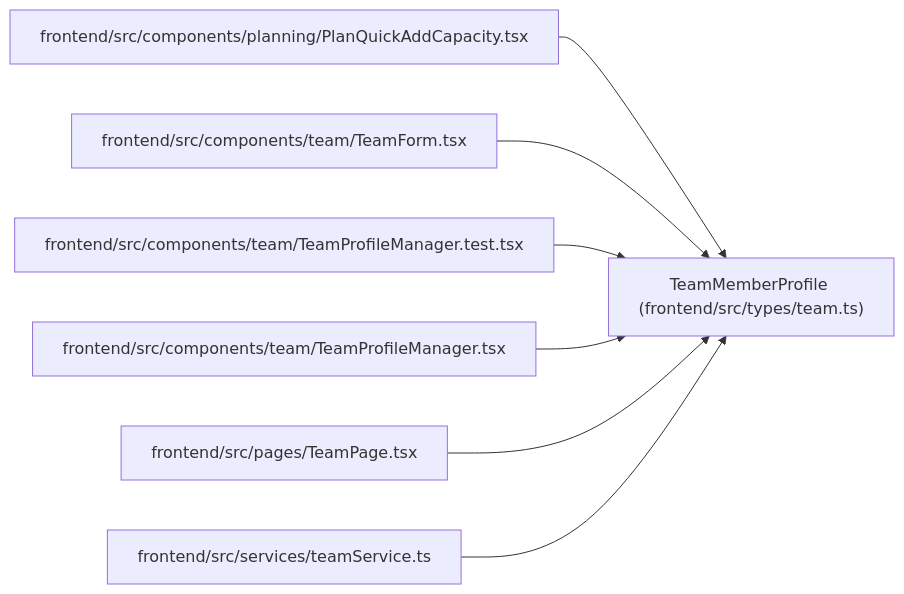
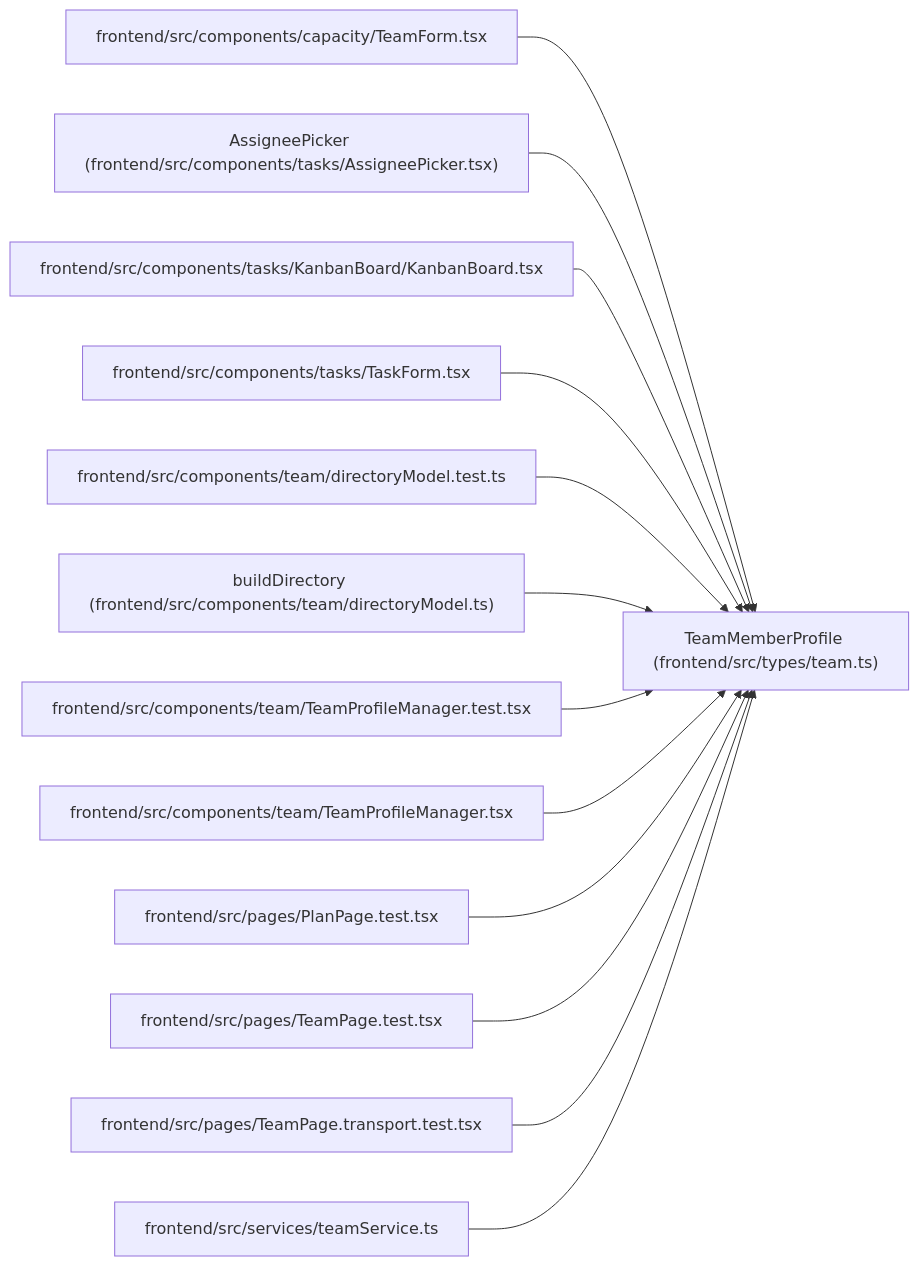
One commit to Denissvgn/WorkChord changed the diagram in docs/llm_wiki/entities/types_team_TeamMemberProfile.md. Above: the diagram before and after it, drawn with Mermaid. The commit also changed other lines of this file and 2373 other files, not shown here.

````diff
--- a/docs/llm_wiki/entities/types_team_TeamMemberProfile.md
+++ b/docs/llm_wiki/entities/types_team_TeamMemberProfile.md
@@ -37,23 +37,41 @@
 ```mermaid
 flowchart LR
     n0["TeamMemberProfile (frontend/src/types/team.ts)"]
-    n1["frontend/src/components/planning/PlanQuickAddCapacity.tsx"]
-    n2["frontend/src/components/team/TeamForm.tsx"]
-    n3["frontend/src/components/team/TeamProfileManager.test.tsx"]
-    n4["frontend/src/components/team/TeamProfileManager.tsx"]
-    n5["frontend/src/pages/TeamPage.tsx"]
-    n6["frontend/src/services/teamService.ts"]
+    n1["frontend/src/components/capacity/TeamForm.tsx"]
+    n2["AssigneePicker (frontend/src/components/tasks/AssigneePicker.tsx)"]
+    n3["frontend/src/components/tasks/KanbanBoard/KanbanBoard.tsx"]
+    n4["frontend/src/components/tasks/TaskForm.tsx"]
+    n5["frontend/src/components/team/directoryModel.test.ts"]
+    n6["buildDirectory (frontend/src/components/team/directoryModel.ts)"]
+    n7["frontend/src/components/team/TeamProfileManager.test.tsx"]
+    n8["frontend/src/components/team/TeamProfileManager.tsx"]
+    n9["frontend/src/pages/PlanPage.test.tsx"]
+    n10["frontend/src/pages/TeamPage.test.tsx"]
+    n11["frontend/src/pages/TeamPage.transport.test.tsx"]
+    n12["frontend/src/services/teamService.ts"]
     n1 --> n0
     n2 --> n0
     n3 --> n0
     n4 --> n0
     n5 --> n0
     n6 --> n0
+    n7 --> n0
+    n8 --> n0
+    n9 --> n0
+    n10 --> n0
+    n11 --> n0
+    n12 --> n0
     click n0 "../modules/types_team.md"
-    click n1 "../modules/PlanQuickAddCapacity.md"
-    click n2 "../modules/TeamForm.md"
-    click n3 "../modules/TeamProfileManager.test.md"
-    click n4 "../modules/TeamProfileManager.md"
-    click n5 "../modules/TeamPage.md"
-    click n6 "../modules/teamService.md"
+    click n1 "../modules/TeamForm.md"
+    click n2 "../modules/AssigneePicker.md"
+    click n3 "../modules/KanbanBoard.md"
+    click n4 "../modules/TaskForm.md"
+    click n5 "../modules/directoryModel.test.md"
+    click n6 "../modules/directoryModel.md"
+    click n7 "../modules/TeamProfileManager.test.md"
+    click n8 "../modules/TeamProfileManager.md"
+    click n9 "../modules/PlanPage.test.md"
+    click n10 "../modules/TeamPage.test.md"
+    click n11 "../modules/TeamPage.transport.test.md"
+    click n12 "../modules/teamService.md"
 ```
````
